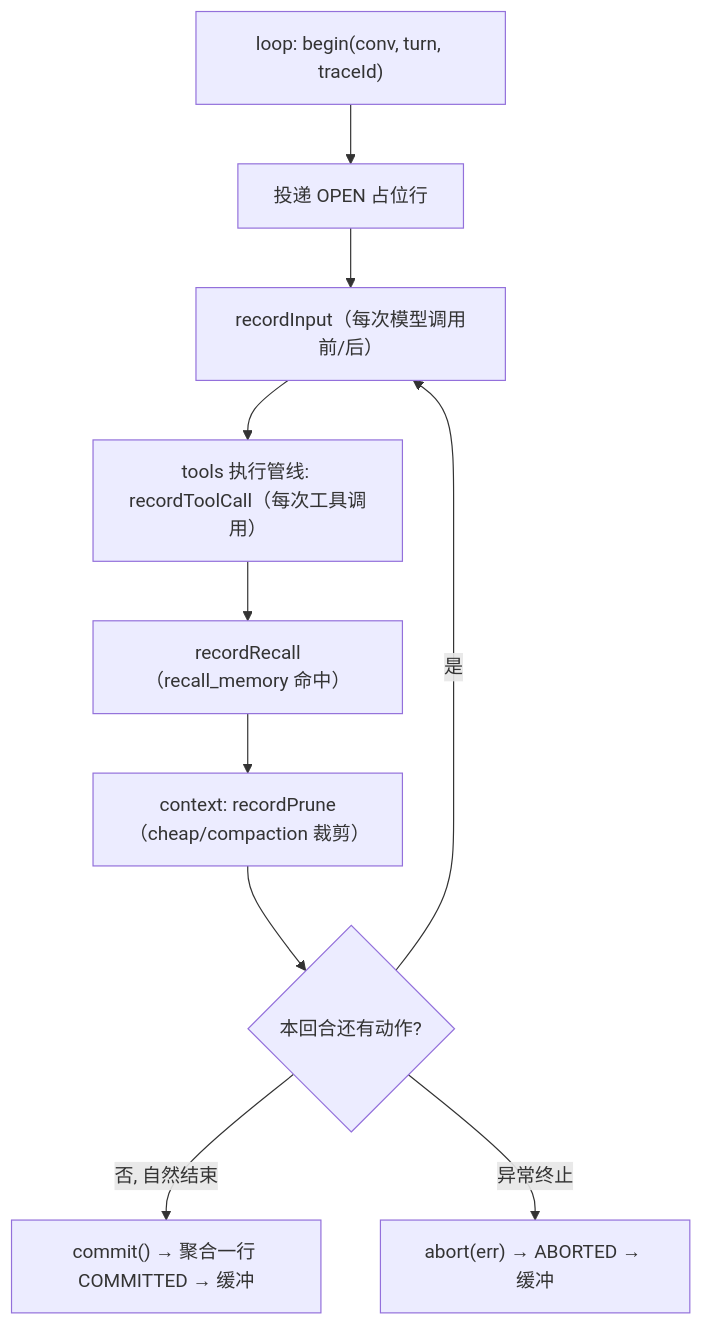
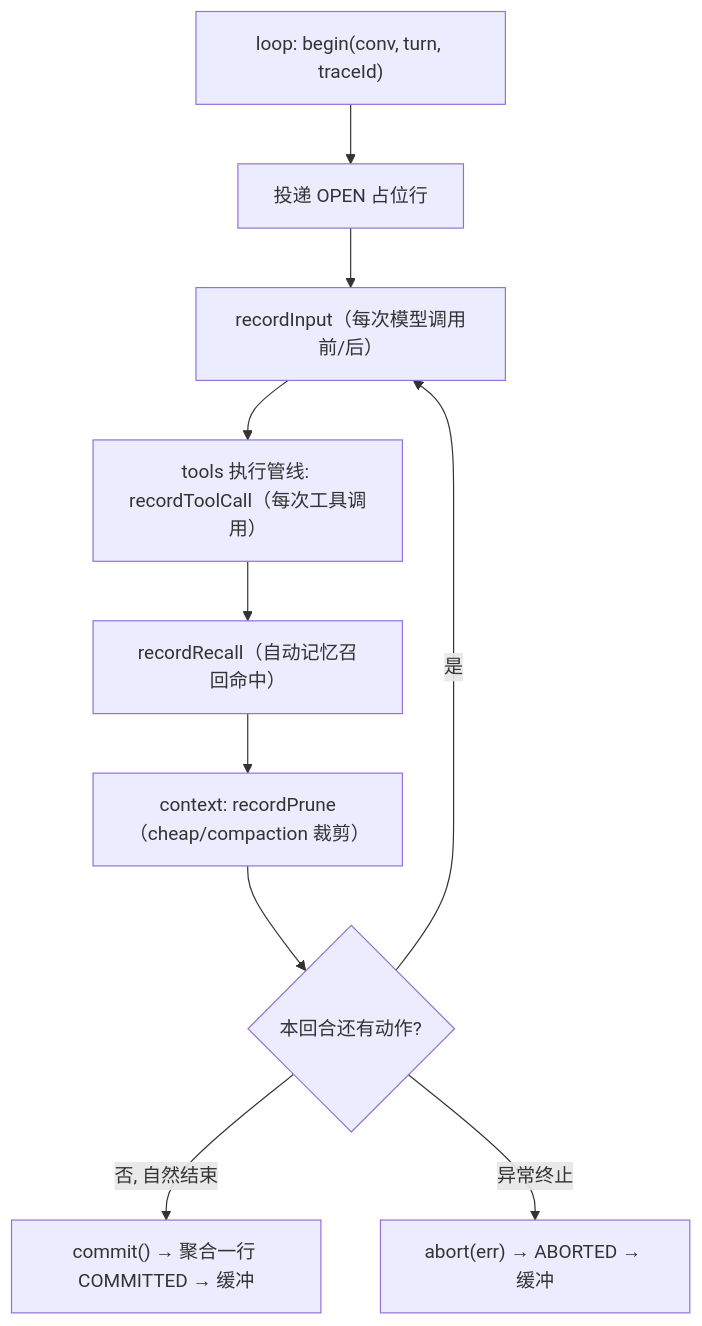
The first of 2 diagrams in docs/design-docs/harness/eval.md (EtherealStar/PixFlow), drawn with Mermaid before and after one commit. The commit also changed other lines of this file and 5 other files, not shown here.

````diff
--- a/docs/design-docs/harness/eval.md
+++ b/docs/design-docs/harness/eval.md
@@ -176,12 +176,12 @@
 ```mermaid
 flowchart TD
   Begin["loop: begin(conv, turn, traceId)"] --> Open["投递 OPEN 占位行"]
   Open --> Input["recordInput（每次模型调用前/后）"]
   Input --> Tool["tools 执行管线: recordToolCall（每次工具调用）"]
-  Tool --> Recall["recordRecall（recall_memory 命中）"]
+  Tool --> Recall["recordRecall（自动记忆召回命中）"]
   Recall --> Prune["context: recordPrune（cheap/compaction 裁剪）"]
   Prune --> More{"本回合还有动作?"}
   More -->|是| Input
   More -->|否, 自然结束| Commit["commit() → 聚合一行 COMMITTED → 缓冲"]
   More -->|异常终止| Abort["abort(err) → ABORTED → 缓冲"]
 ```
````
